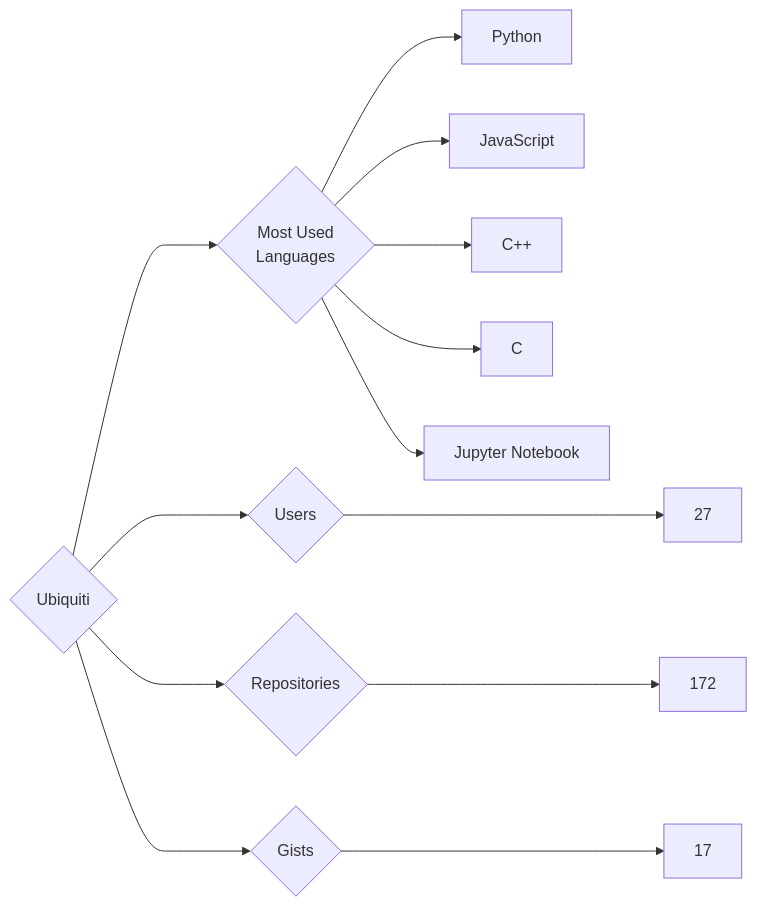
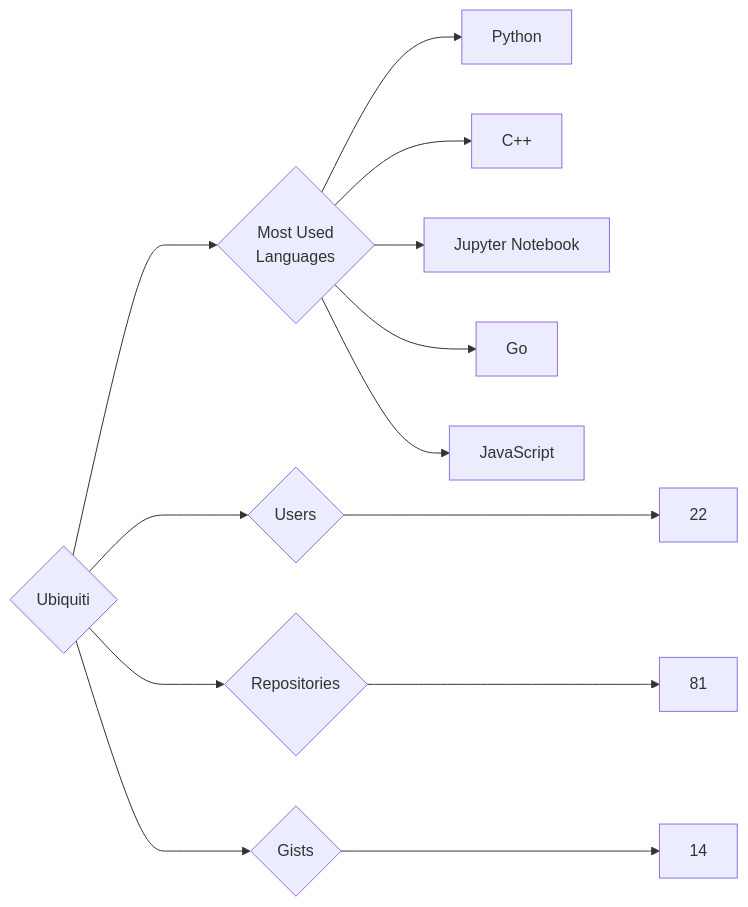
One commit to trickest/insiders changed the diagram in targets/Ubiquiti/README.md. Above: the diagram before and after it, drawn with Mermaid. The commit also changed 748 other files, not shown here.

````diff
--- a/targets/Ubiquiti/README.md
+++ b/targets/Ubiquiti/README.md
@@ -3,13 +3,13 @@
 ```mermaid
 graph LR
 COMPANY_NAME{Ubiquiti}
-COMPANY_NAME ---> U{Users} ---> UN[27]
-COMPANY_NAME ---> R{Repositories} ---> RN[172]
-COMPANY_NAME ---> G{Gists} ---> GN[17]
+COMPANY_NAME ---> U{Users} ---> UN[22]
+COMPANY_NAME ---> R{Repositories} ---> RN[81]
+COMPANY_NAME ---> G{Gists} ---> GN[14]
 COMPANY_NAME ---> ML{Most Used<br>Languages}
 ML --> Python[Python]
+ML --> C++[C++]
+ML --> Jupyter_Notebook[Jupyter Notebook]
+ML --> Go[Go]
 ML --> JavaScript[JavaScript]
-ML --> C++[C++]
-ML --> C[C]
-ML --> Jupyter_Notebook[Jupyter Notebook]
 ```
````
